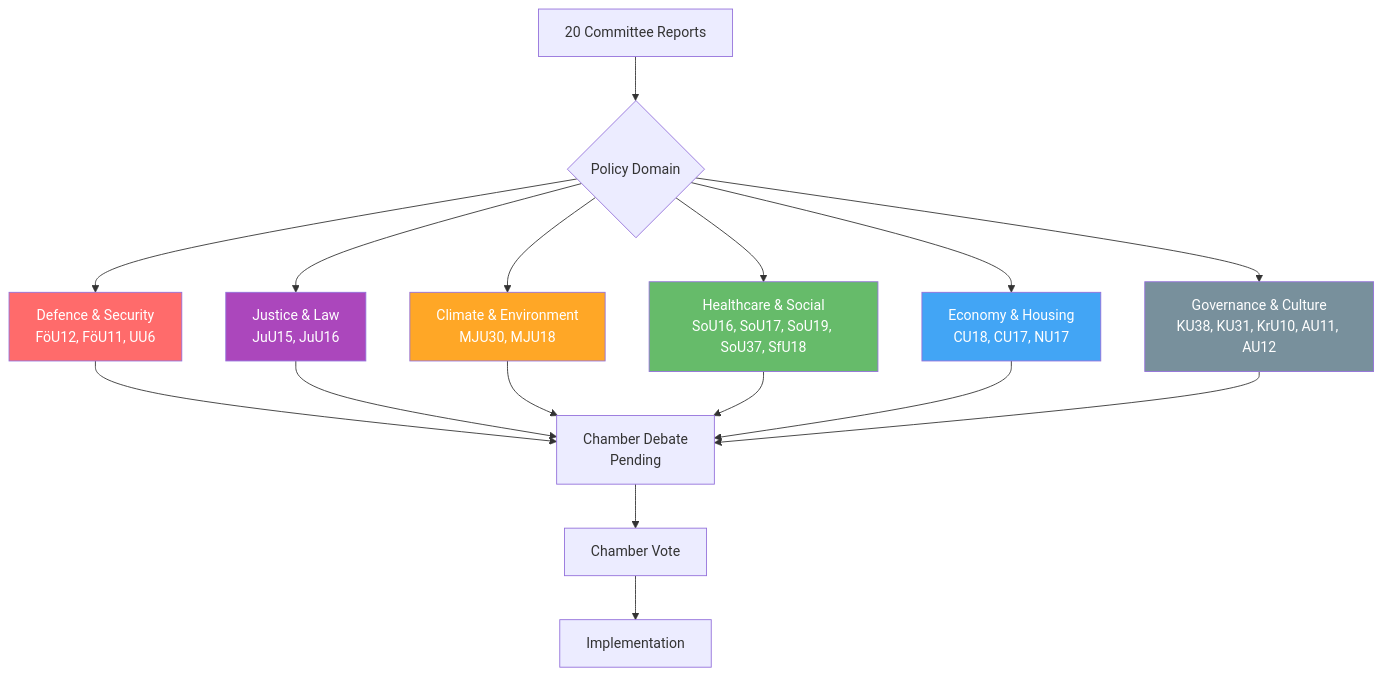
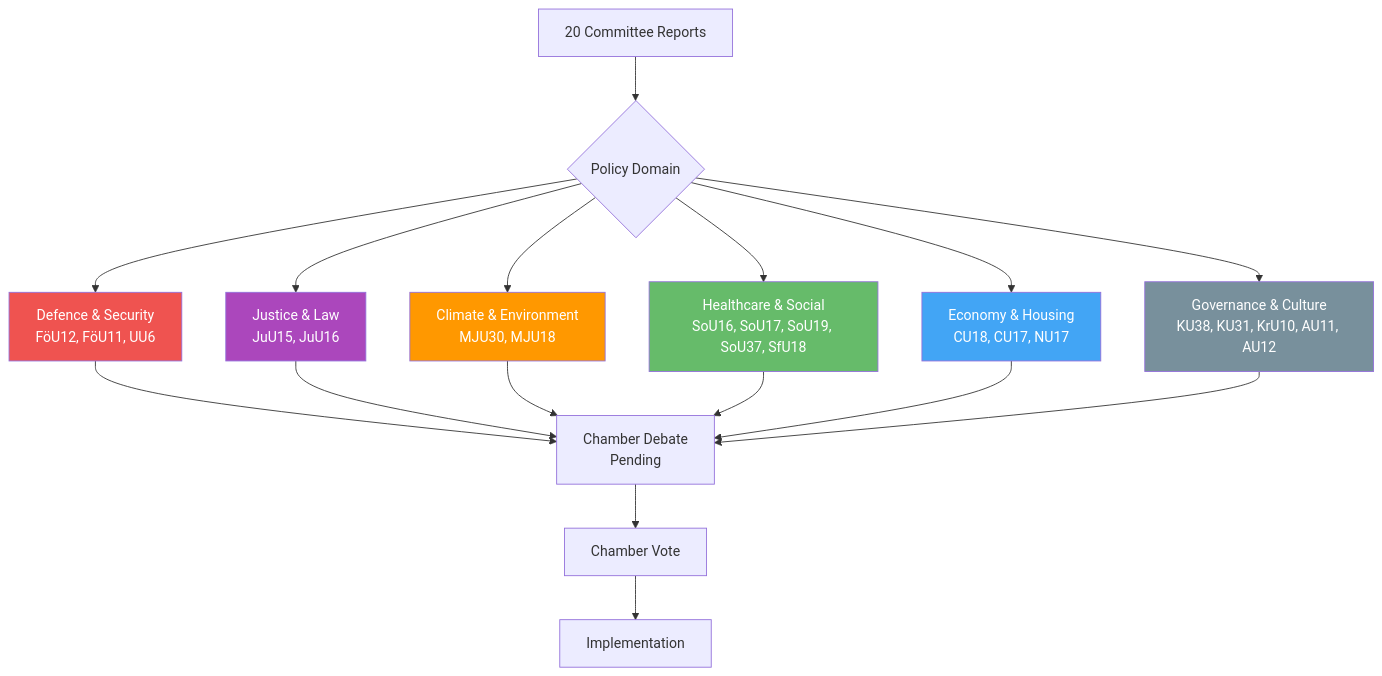
Before and after one commit to Hack23/riksdagsmonitor: the diagram in analysis/daily/2026-04-08/committeeReports/swot-analysis.md, drawn with Mermaid. The commit also changed 785 other files, not shown here.

First line of the commit message:
Normalize mermaid colors across 786 analysis artifacts to ISMS Style Guide palette

````diff
--- a/analysis/daily/2026-04-08/committeeReports/swot-analysis.md
+++ b/analysis/daily/2026-04-08/committeeReports/swot-analysis.md
@@ -90,27 +90,27 @@
 ```mermaid
 flowchart TD
     A[20 Committee Reports] --> B{Policy Domain}
     B --> C[Defence & Security<br/>FöU12, FöU11, UU6]
     B --> D[Justice & Law<br/>JuU15, JuU16]
     B --> E[Climate & Environment<br/>MJU30, MJU18]
     B --> F[Healthcare & Social<br/>SoU16, SoU17, SoU19, SoU37, SfU18]
     B --> G[Economy & Housing<br/>CU18, CU17, NU17]
     B --> H[Governance & Culture<br/>KU38, KU31, KrU10, AU11, AU12]
     
     C --> I[Chamber Debate<br/>Pending]
     D --> I
     E --> I
     F --> I
     G --> I
     H --> I
     
     I --> J[Chamber Vote]
     J --> K[Implementation]
     
-    style C fill:#ff6b6b,color:#fff
-    style E fill:#ffa726,color:#fff
-    style F fill:#66bb6a,color:#fff
-    style G fill:#42a5f5,color:#fff
-    style D fill:#ab47bc,color:#fff
-    style H fill:#78909c,color:#fff
+    style C fill:#EF5350,color:#FFFFFF
+    style E fill:#FF9800,color:#FFFFFF
+    style F fill:#66bb6a,color:#FFFFFF
+    style G fill:#42a5f5,color:#FFFFFF
+    style D fill:#ab47bc,color:#FFFFFF
+    style H fill:#78909c,color:#FFFFFF
 ```
````
